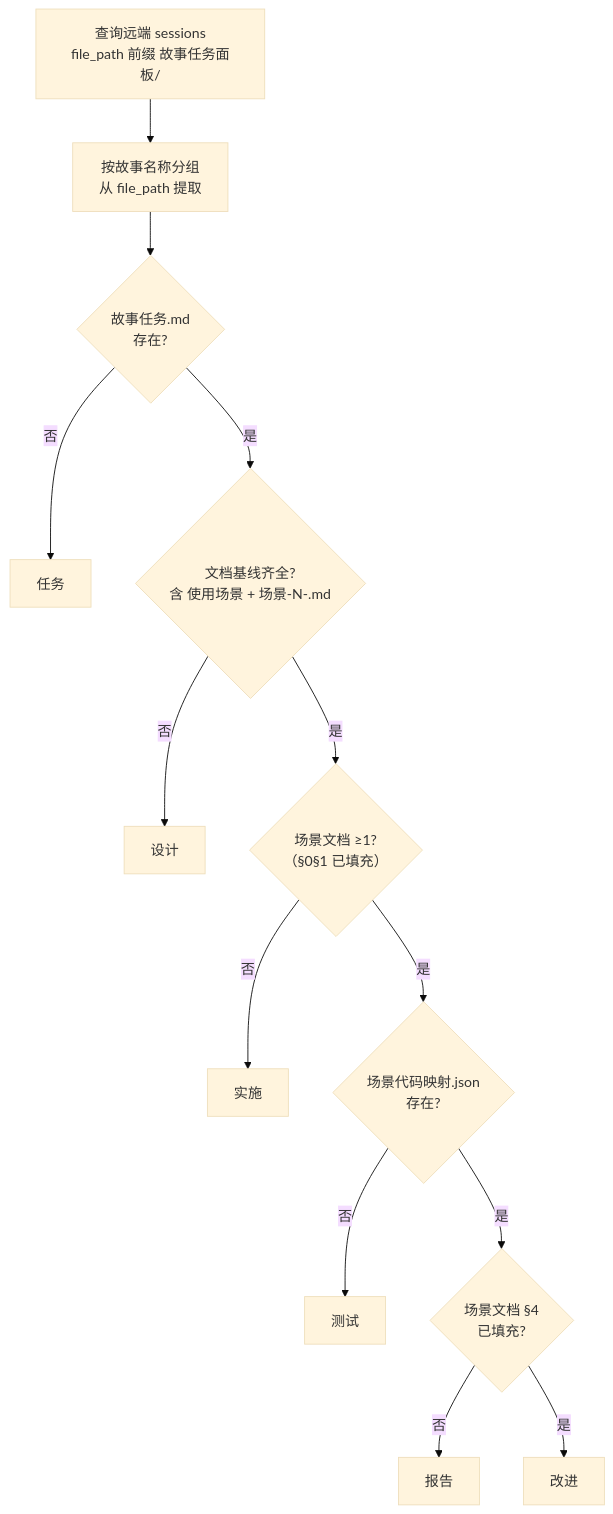
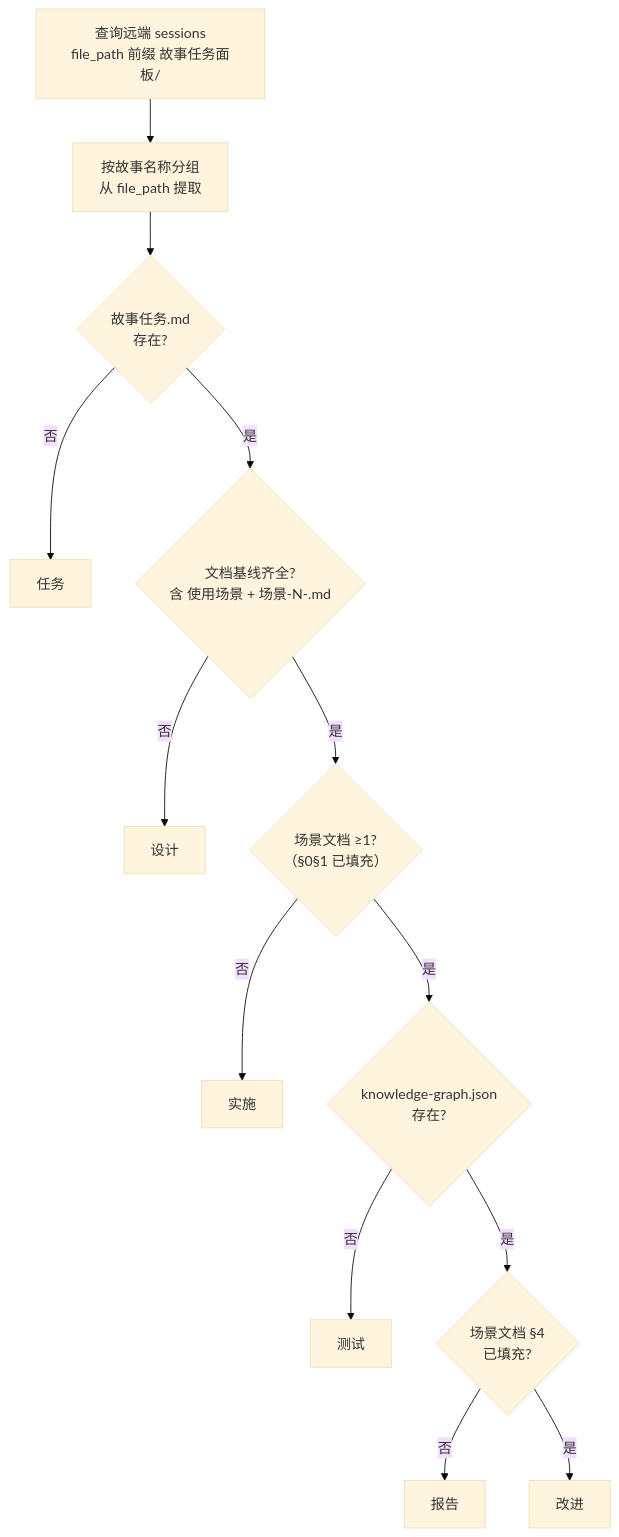
The fourth of 12 diagrams in skills/rui-story/SKILL.md (effiy/YrY), drawn with Mermaid (base theme) before and after one commit. The commit also changed other lines of this file and 15 other files, not shown here.

````diff
--- a/skills/rui-story/SKILL.md
+++ b/skills/rui-story/SKILL.md
@@ -99,16 +99,16 @@
 ```mermaid
 flowchart TD
     START["查询远端 sessions<br/>file_path 前缀 故事任务面板/"]:::s --> GROUP["按故事名称分组<br/>从 file_path 提取"]:::s
     GROUP --> CHK01{"故事任务.md<br/>存在?"}
     CHK01 -->|"否"| NS["任务"]:::s0
     CHK01 -->|"是"| CHKDOC{"文档基线齐全?<br/>含 使用场景 + 场景-N-<slug>.md"}
     CHKDOC -->|"否"| DIP["设计"]:::s1
     CHKDOC -->|"是"| CHKIMP{"场景文档 ≥1?<br/>（§0§1 已填充）"}
     CHKIMP -->|"否"| IMP["实施"]:::s2
-    CHKIMP -->|"是"| CHKVER{"场景代码映射.json<br/>存在?"}
+    CHKIMP -->|"是"| CHKVER{"knowledge-graph.json<br/>存在?"}
     CHKVER -->|"否"| TST["测试"]:::s3
     CHKVER -->|"是"| CHKRET{"场景文档 §4<br/>已填充?"}
     CHKRET -->|"否"| RPT["报告"]:::s4
     CHKRET -->|"是"| IMPV["改进"]:::s5
 
 ```
````
